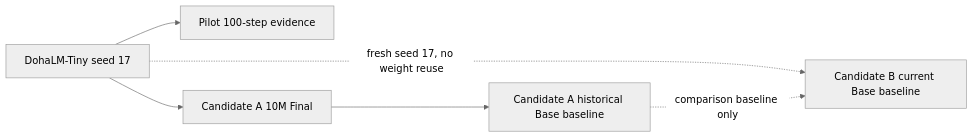
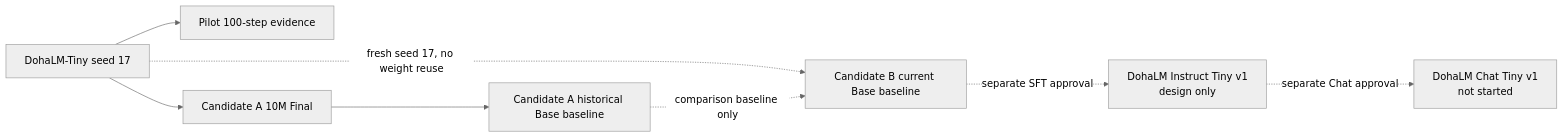
The second of 2 diagrams in docs/project/model-lineage.md (DohaStudio/DohaLM), drawn with Mermaid (neutral theme) before and after one commit. The commit also changed other lines of this file and 18 other files, not shown here.

````diff
--- a/docs/project/model-lineage.md
+++ b/docs/project/model-lineage.md
@@ -57,13 +57,17 @@
 ```mermaid
 flowchart LR
     Initial[DohaLM-Tiny seed 17]
     Pilot[Pilot 100-step evidence]
     CandidateA[Candidate A 10M Final]
     Baseline[Candidate A historical Base baseline]
     CandidateB[Candidate B current Base baseline]
+    Instruct[DohaLM Instruct Tiny v1<br/>design only]
+    Chat[DohaLM Chat Tiny v1<br/>not started]
 
     Initial --> Pilot
     Initial --> CandidateA --> Baseline
     Initial -. fresh seed 17, no weight reuse .-> CandidateB
     Baseline -. comparison baseline only .-> CandidateB
+    CandidateB -. separate SFT approval .-> Instruct
+    Instruct -. separate Chat approval .-> Chat
 ```
````
